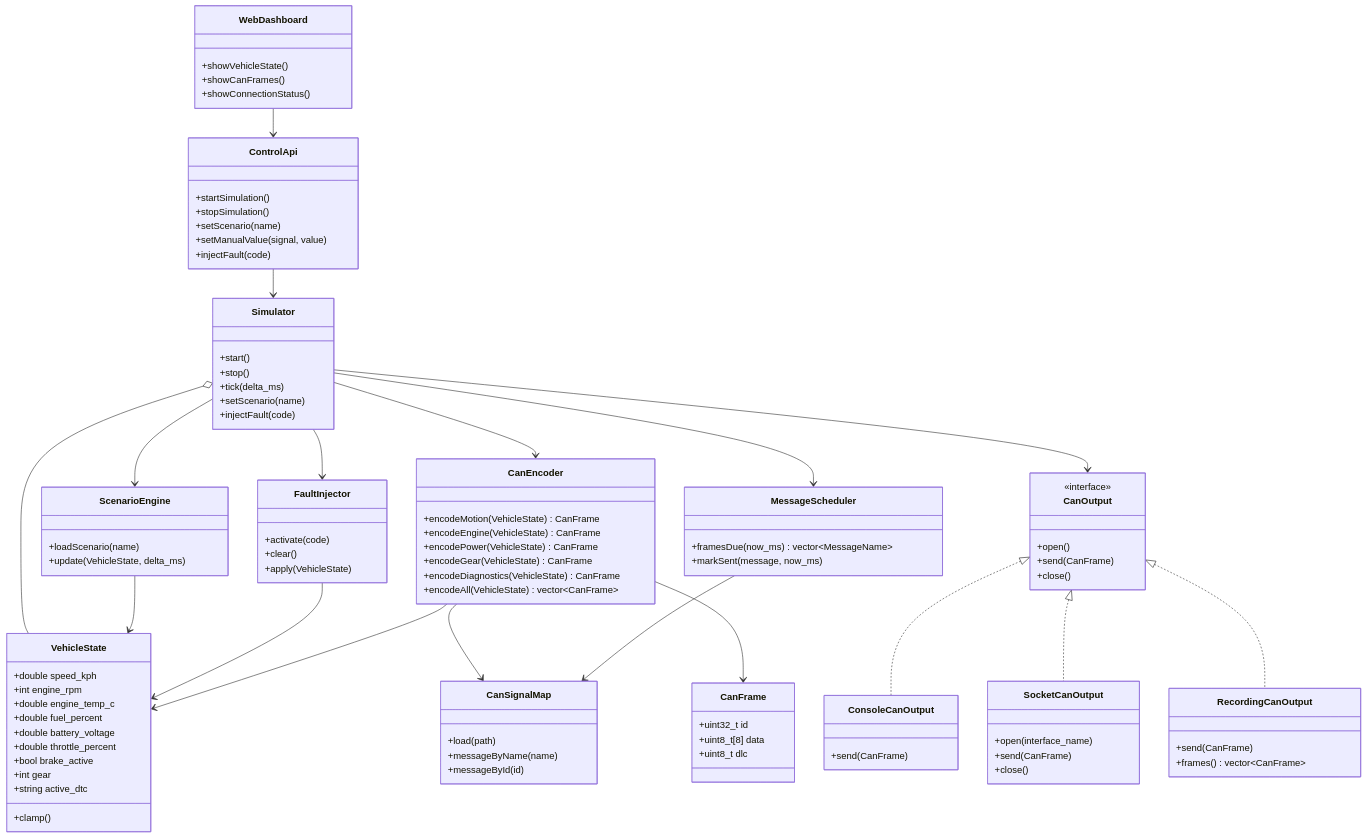
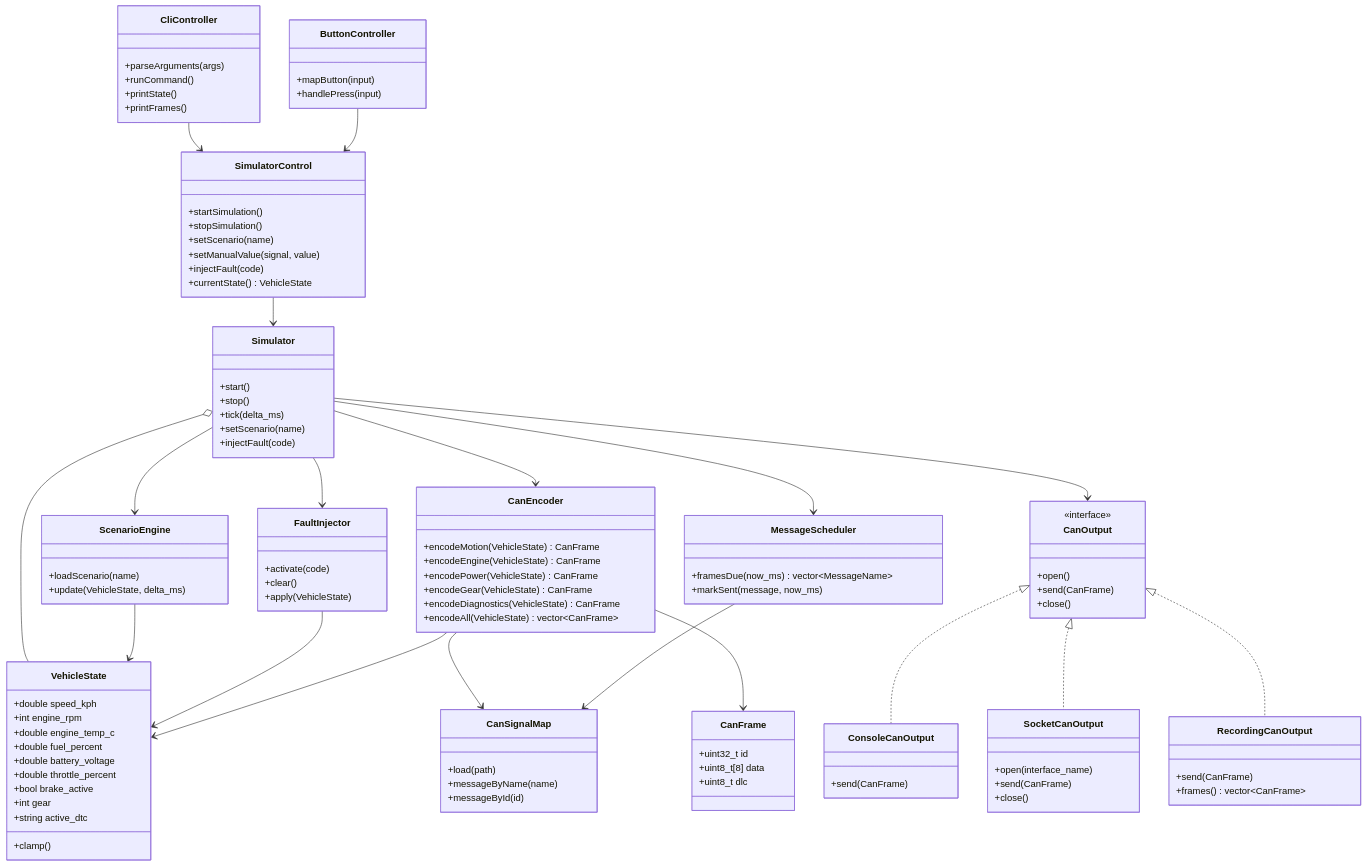
Before and after one commit to theoavgitidis/CanSimulatorCICD: the second of 3 diagrams in docs/plannedArchitectures/architecture-diagrams.md, drawn with Mermaid. The commit also changed other lines of this file and 15 other files, not shown here.

````diff
--- a/docs/plannedArchitectures/architecture-diagrams.md
+++ b/docs/plannedArchitectures/architecture-diagrams.md
@@ -144,18 +147,25 @@
         +frames() vector~CanFrame~
     }
 
-    class ControlApi {
+    class SimulatorControl {
         +startSimulation()
         +stopSimulation()
         +setScenario(name)
         +setManualValue(signal, value)
         +injectFault(code)
+        +currentState() VehicleState
     }
 
-    class WebDashboard {
-        +showVehicleState()
-        +showCanFrames()
-        +showConnectionStatus()
+    class CliController {
+        +parseArguments(args)
+        +runCommand()
+        +printState()
+        +printFrames()
+    }
+
+    class ButtonController {
+        +mapButton(input)
+        +handlePress(input)
     }
 
     Simulator o-- VehicleState
@@ -176,6 +186,7 @@
     CanOutput <|.. SocketCanOutput
     CanOutput <|.. RecordingCanOutput
 
-    ControlApi --> Simulator
-    WebDashboard --> ControlApi
+    SimulatorControl --> Simulator
+    CliController --> SimulatorControl
+    ButtonController --> SimulatorControl
 ```
````
